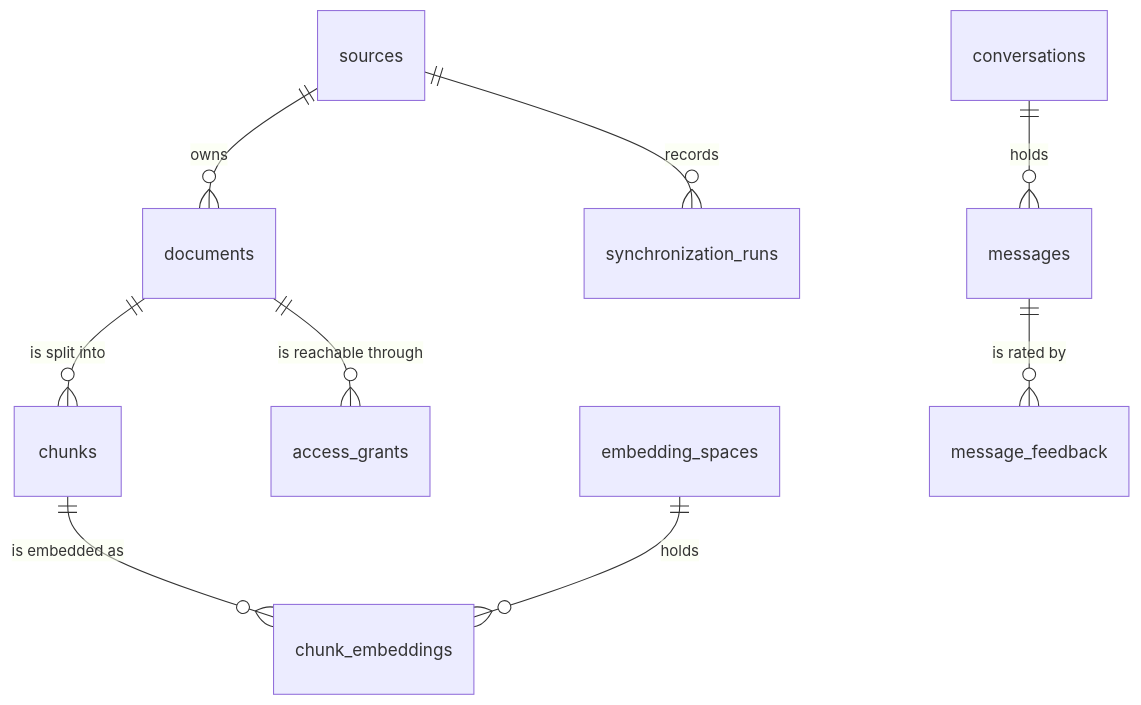
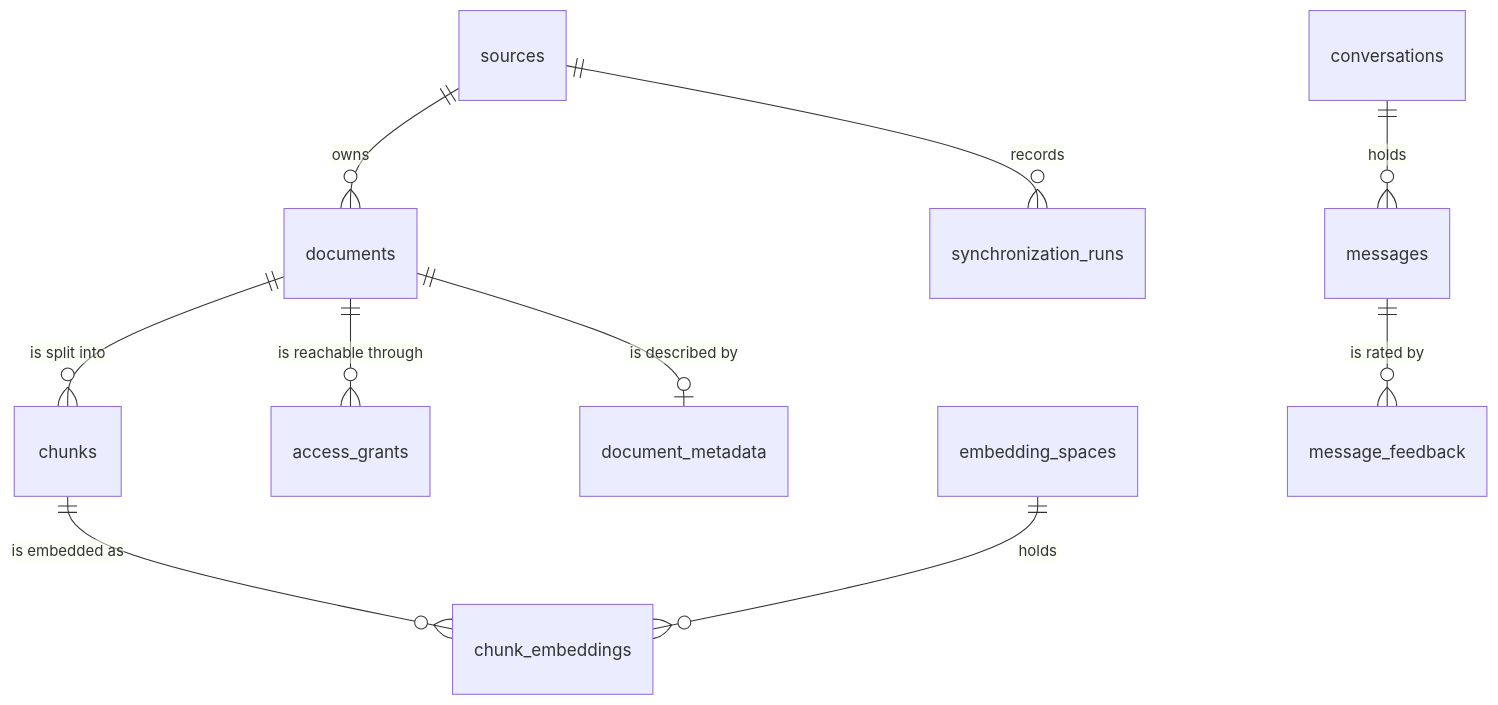
Before and after one commit to ivanverenich/knowledge-service: the third of 8 diagrams in docs/architecture.md, drawn with Mermaid. The commit also changed other lines of this file and 14 other files, not shown here.

````diff
--- a/docs/architecture.md
+++ b/docs/architecture.md
@@ -70,11 +70,12 @@
 ```mermaid
 erDiagram
     sources ||--o{ documents : "owns"
     sources ||--o{ synchronization_runs : "records"
     documents ||--o{ chunks : "is split into"
     documents ||--o{ access_grants : "is reachable through"
+    documents ||--o| document_metadata : "is described by"
     chunks ||--o{ chunk_embeddings : "is embedded as"
     embedding_spaces ||--o{ chunk_embeddings : "holds"
     conversations ||--o{ messages : "holds"
     messages ||--o{ message_feedback : "is rated by"
 ```
````
